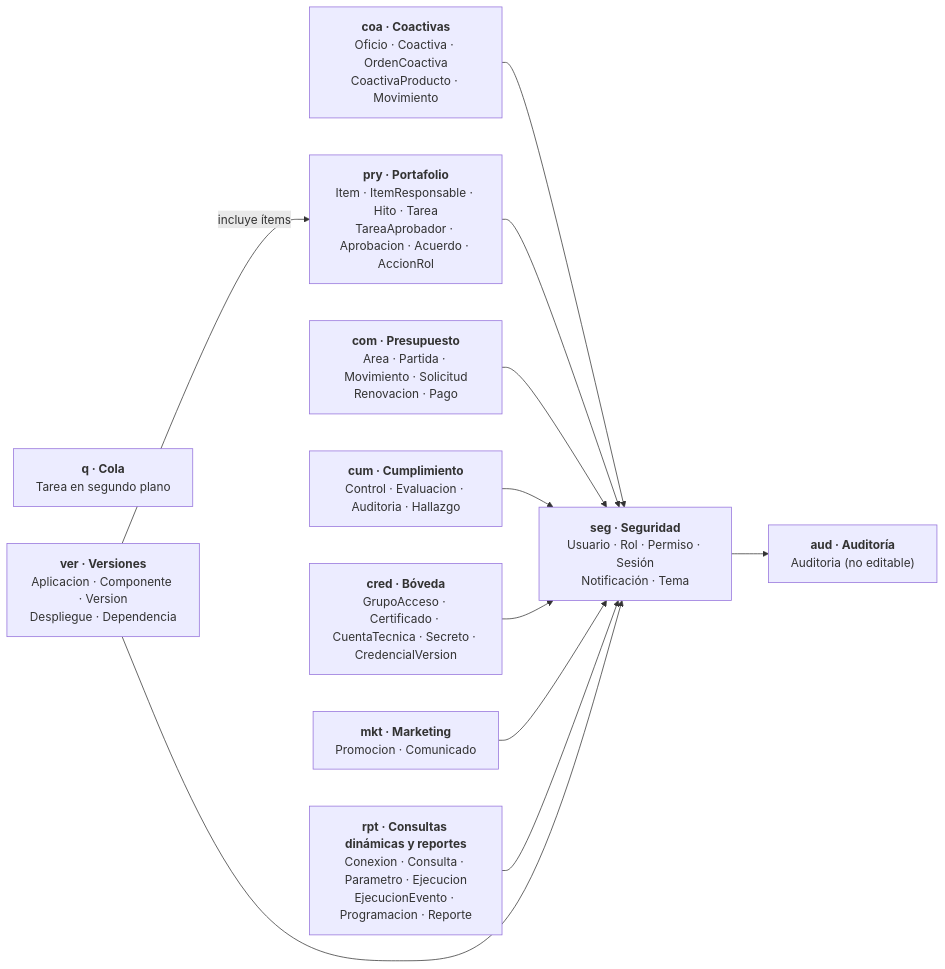
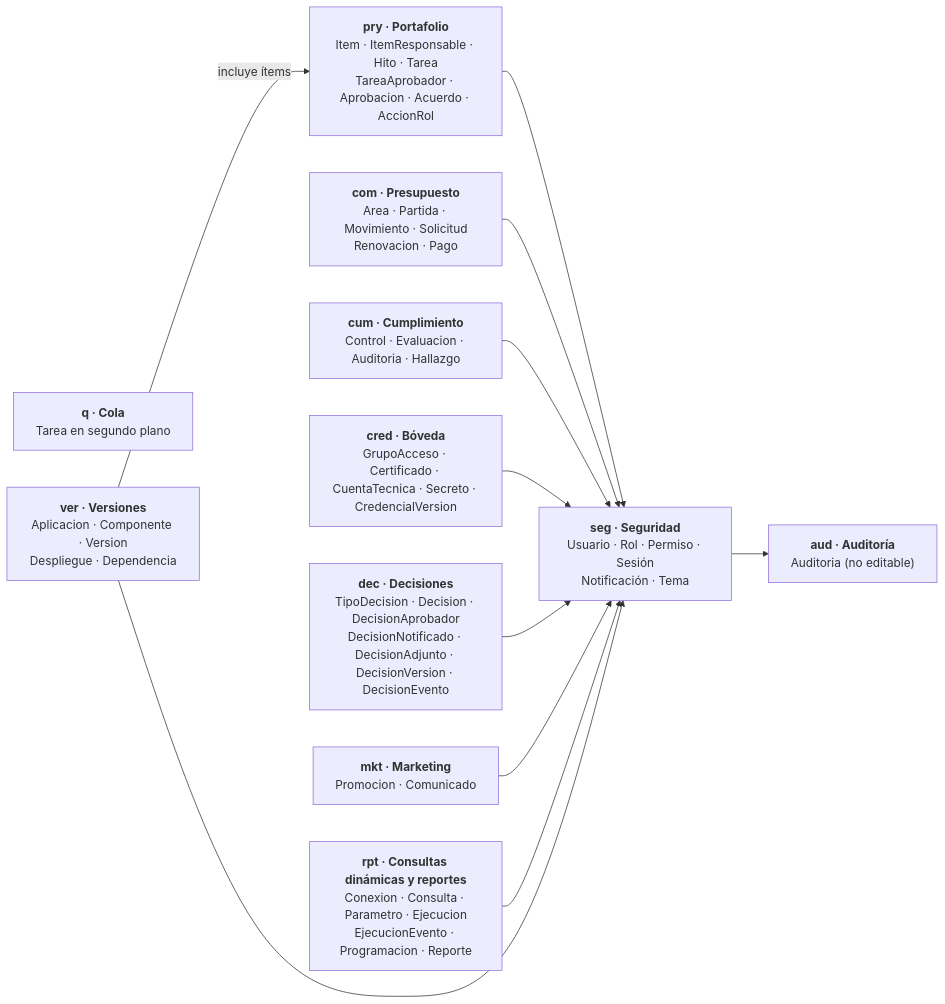
One commit to buenchico40/ProBank changed the diagram in spec/modelo-datos/00-general.mmd. Above: the diagram before and after it, drawn with Mermaid. The commit also changed 122 other files, not shown here.

First line of the commit message:
Retirar Coactivas y crear el módulo Decisiones con aprobaciones firmadas

```diff
--- a/spec/modelo-datos/00-general.mmd
+++ b/spec/modelo-datos/00-general.mmd
@@ -1,22 +1,22 @@
 flowchart LR
   SEG["<b>seg · Seguridad</b><br/>Usuario · Rol · Permiso · Sesión<br/>Notificación · Tema"]
   AUD["<b>aud · Auditoría</b><br/>Auditoria (no editable)"]
   Q["<b>q · Cola</b><br/>Tarea en segundo plano"]
-  COA["<b>coa · Coactivas</b><br/>Oficio · Coactiva · OrdenCoactiva<br/>CoactivaProducto · Movimiento"]
   PRY["<b>pry · Portafolio</b><br/>Item · ItemResponsable · Hito · Tarea<br/>TareaAprobador · Aprobacion · Acuerdo · AccionRol"]
   COM["<b>com · Presupuesto</b><br/>Area · Partida · Movimiento · Solicitud<br/>Renovacion · Pago"]
   CUM["<b>cum · Cumplimiento</b><br/>Control · Evaluacion · Auditoria · Hallazgo"]
   CRED["<b>cred · Bóveda</b><br/>GrupoAcceso · Certificado · CuentaTecnica · Secreto · CredencialVersion"]
+  DEC["<b>dec · Decisiones</b><br/>TipoDecision · Decision · DecisionAprobador<br/>DecisionNotificado · DecisionAdjunto · DecisionVersion · DecisionEvento"]
   MKT["<b>mkt · Marketing</b><br/>Promocion · Comunicado"]
   RPT["<b>rpt · Consultas dinámicas y reportes</b><br/>Conexion · Consulta · Parametro · Ejecucion<br/>EjecucionEvento · Programacion · Reporte"]
   VER["<b>ver · Versiones</b><br/>Aplicacion · Componente · Version<br/>Despliegue · Dependencia"]
-  COA --> SEG
   PRY --> SEG
   COM --> SEG
   CUM --> SEG
   CRED --> SEG
+  DEC --> SEG
   MKT --> SEG
   RPT --> SEG
   VER --> SEG
   VER -->|incluye ítems| PRY
   SEG --> AUD
```
